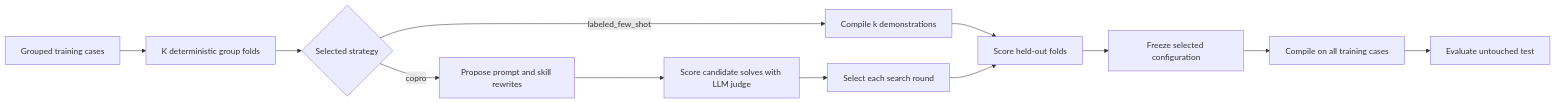
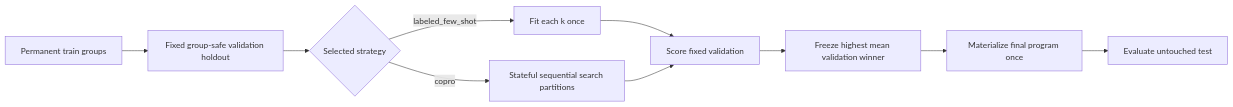
The diagram in docs/training/index.md (mainsequence-sdk/repo-agent-eval), drawn with Mermaid before and after one commit. The commit also changed other lines of this file and 61 other files, not shown here.

````diff
--- a/docs/training/index.md
+++ b/docs/training/index.md
@@ -10,14 +9,12 @@
 ```mermaid
 flowchart LR
-    Train[Grouped training cases] --> Folds[K deterministic group folds]
-    Folds --> Strategy{Selected strategy}
-    Strategy -->|labeled_few_shot| Demos[Compile k demonstrations]
-    Strategy -->|copro| Search[Propose prompt and skill rewrites]
-    Demos --> OOF[Score held-out folds]
-    Search --> Candidate[Score candidate solves with LLM judge]
-    Candidate --> SelectRound[Select each search round]
-    SelectRound --> OOF
-    OOF --> Select[Freeze selected configuration]
-    Select --> Refit[Compile on all training cases]
-    Refit --> Test[Evaluate untouched test]
+    Train[Permanent train groups] --> Holdout[Fixed group-safe validation holdout]
+    Holdout --> Strategy{Selected strategy}
+    Strategy -->|labeled_few_shot| Demos[Fit each k once]
+    Strategy -->|copro| Partitions[Stateful sequential search partitions]
+    Demos --> Validation[Score fixed validation]
+    Partitions --> Validation
+    Validation --> Select[Freeze highest mean validation winner]
+    Select --> Materialize[Materialize final program once]
+    Materialize --> Test[Evaluate untouched test]
 ```
````
